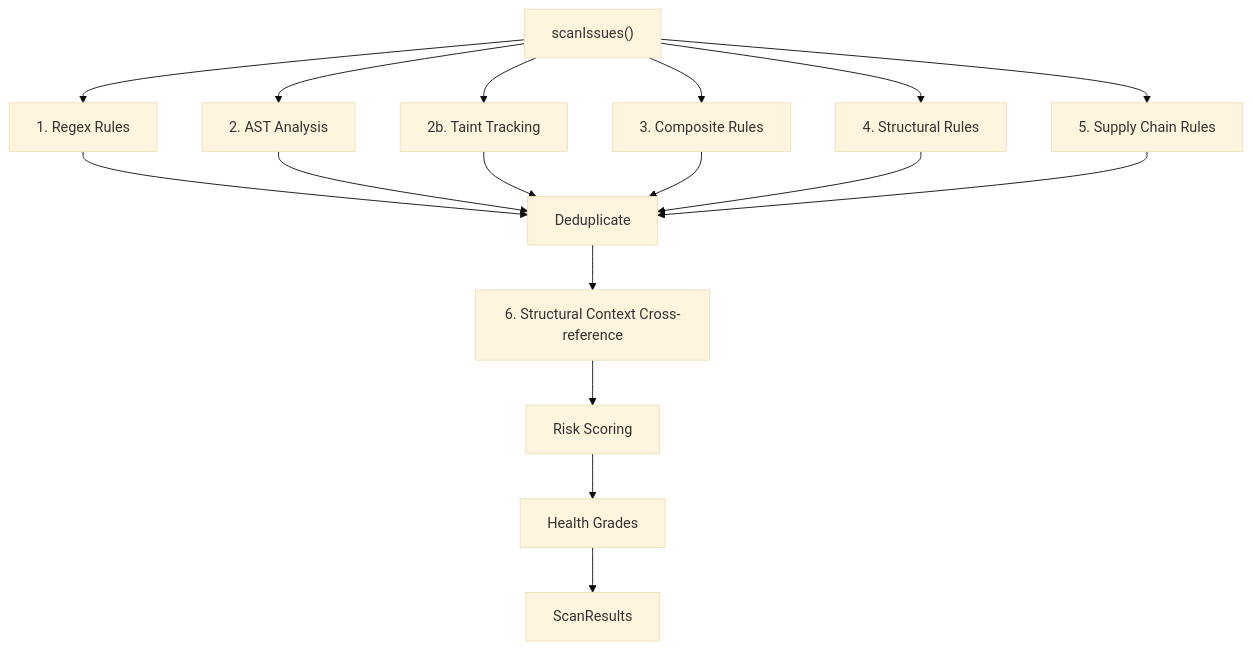
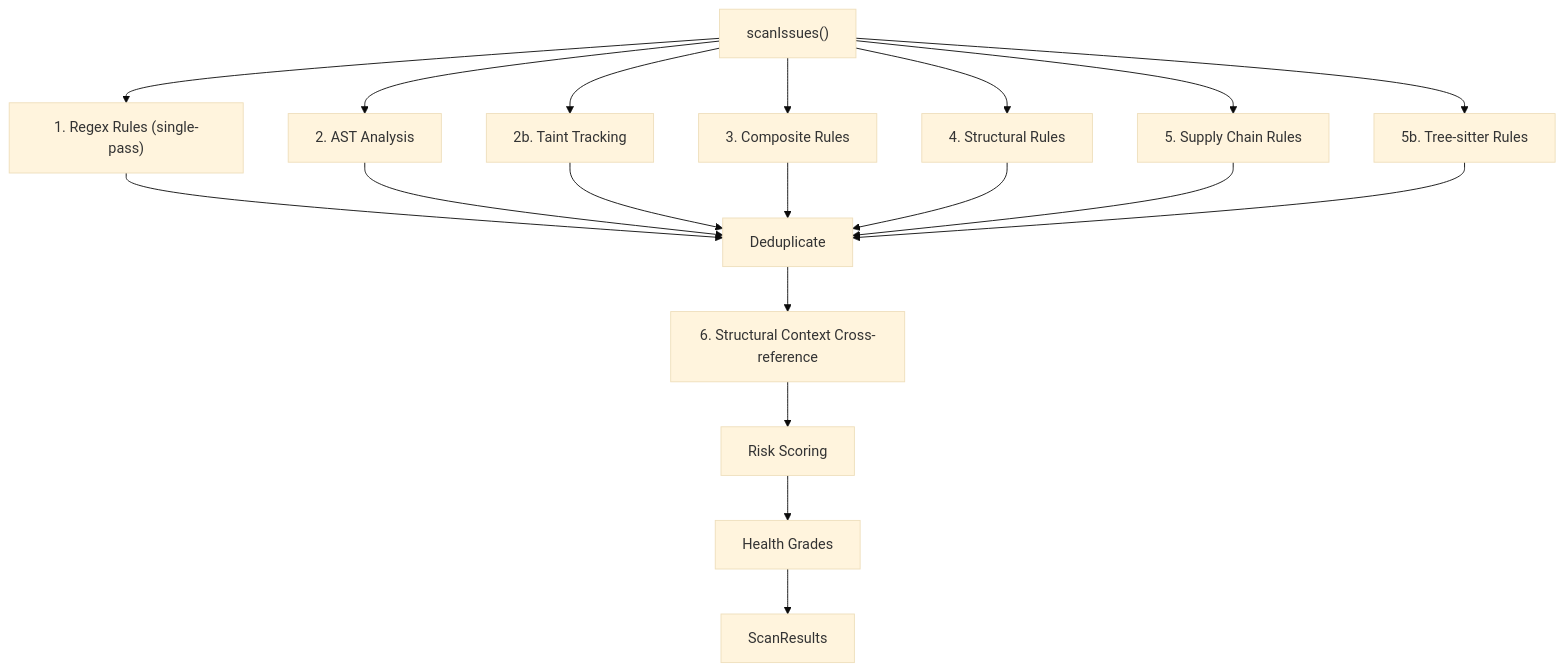
Before and after one commit to zebbern/repolens: the sixth of 10 diagrams in ARCHITECTURE.md, drawn with Mermaid (base theme). The commit also changed other lines of this file and 2 other files, not shown here.

Commit message:
docs: update architecture docs and add scanner rule registry spec

````diff
--- a/ARCHITECTURE.md
+++ b/ARCHITECTURE.md
@@ -193,19 +223,21 @@
 ```mermaid
 graph TD
-  A["scanIssues()"] --> B["1. Regex Rules"]
+  A["scanIssues()"] --> B["1. Regex Rules (single-pass)"]
   A --> C["2. AST Analysis"]
   A --> D["2b. Taint Tracking"]
   A --> E["3. Composite Rules"]
   A --> F["4. Structural Rules"]
   A --> G["5. Supply Chain Rules"]
+  A --> G2["5b. Tree-sitter Rules"]
   B --> H["Deduplicate"]
   C --> H
   D --> H
   E --> H
   F --> H
   G --> H
+  G2 --> H
   H --> I["6. Structural Context Cross-reference"]
   I --> J["Risk Scoring"]
   J --> K["Health Grades"]
   K --> L["ScanResults"]
 ```
````
